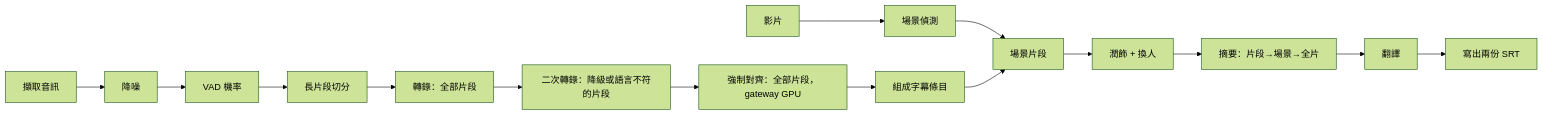
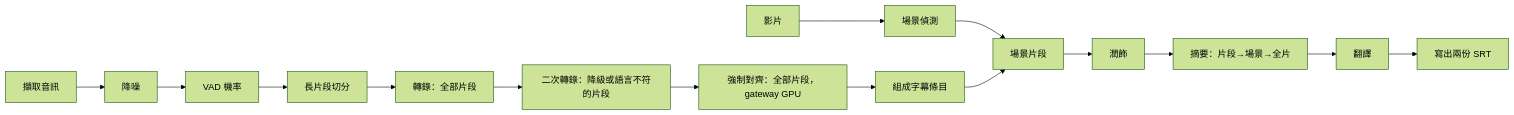
One commit to lanyitin/runline changed the first of 2 diagrams in docs/stable/transcribe-scenes/README.md. Above: the diagram before and after it, drawn with Mermaid (forest theme). The commit also changed other lines of this file and 15 other files, not shown here.

````diff
--- a/docs/stable/transcribe-scenes/README.md
+++ b/docs/stable/transcribe-scenes/README.md
@@ -28,8 +27,8 @@
 ```mermaid
 flowchart LR
   A[擷取音訊] --> B[降噪] --> C[VAD 機率] --> D[長片段切分]
   D --> E[轉錄：全部片段] --> E2[二次轉錄：降級或語言不符的片段] --> F[強制對齊：全部片段，gateway GPU] --> G[組成字幕條目]
   V[影片] --> S[場景偵測] --> T[場景片段]
   G --> T
-  T --> P[潤飾 + 換人] --> M[摘要：片段→場景→全片] --> X[翻譯] --> O[寫出兩份 SRT]
+  T --> P[潤飾] --> M[摘要：片段→場景→全片] --> X[翻譯] --> O[寫出兩份 SRT]
 ```
````
